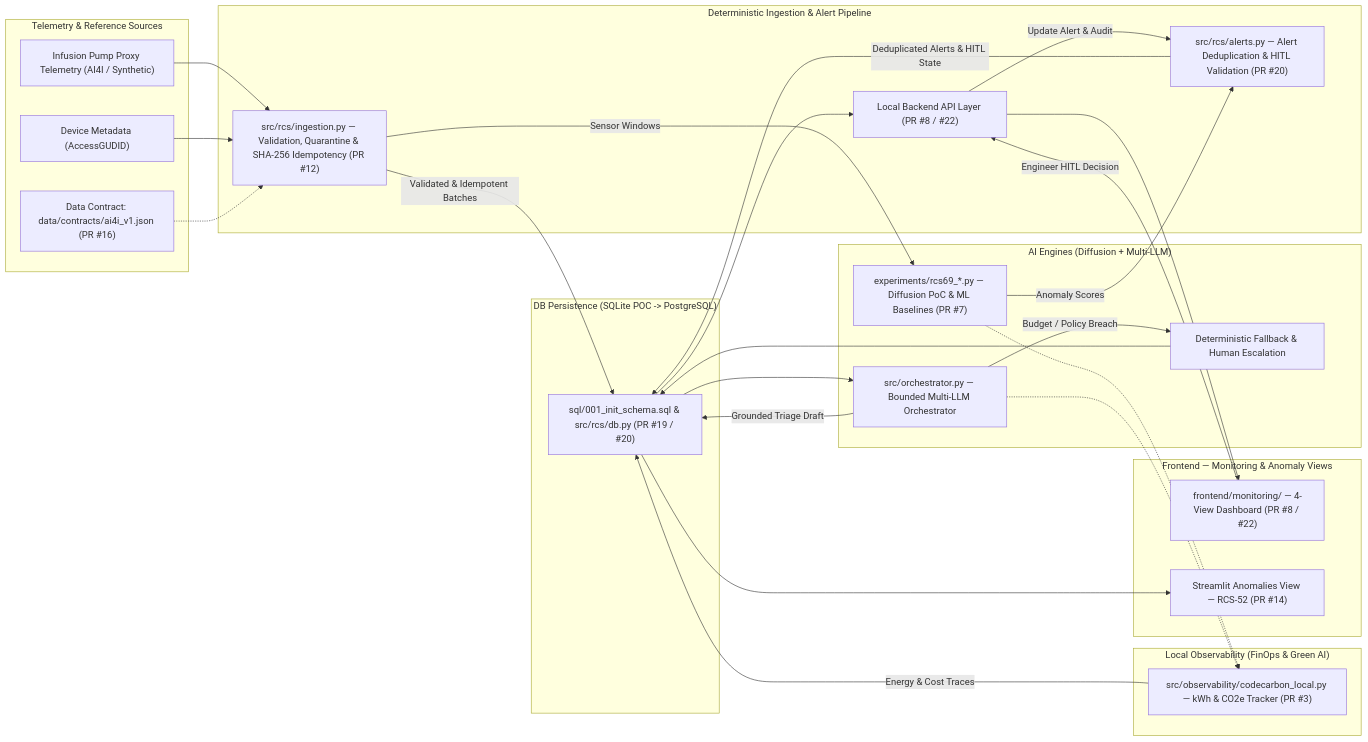
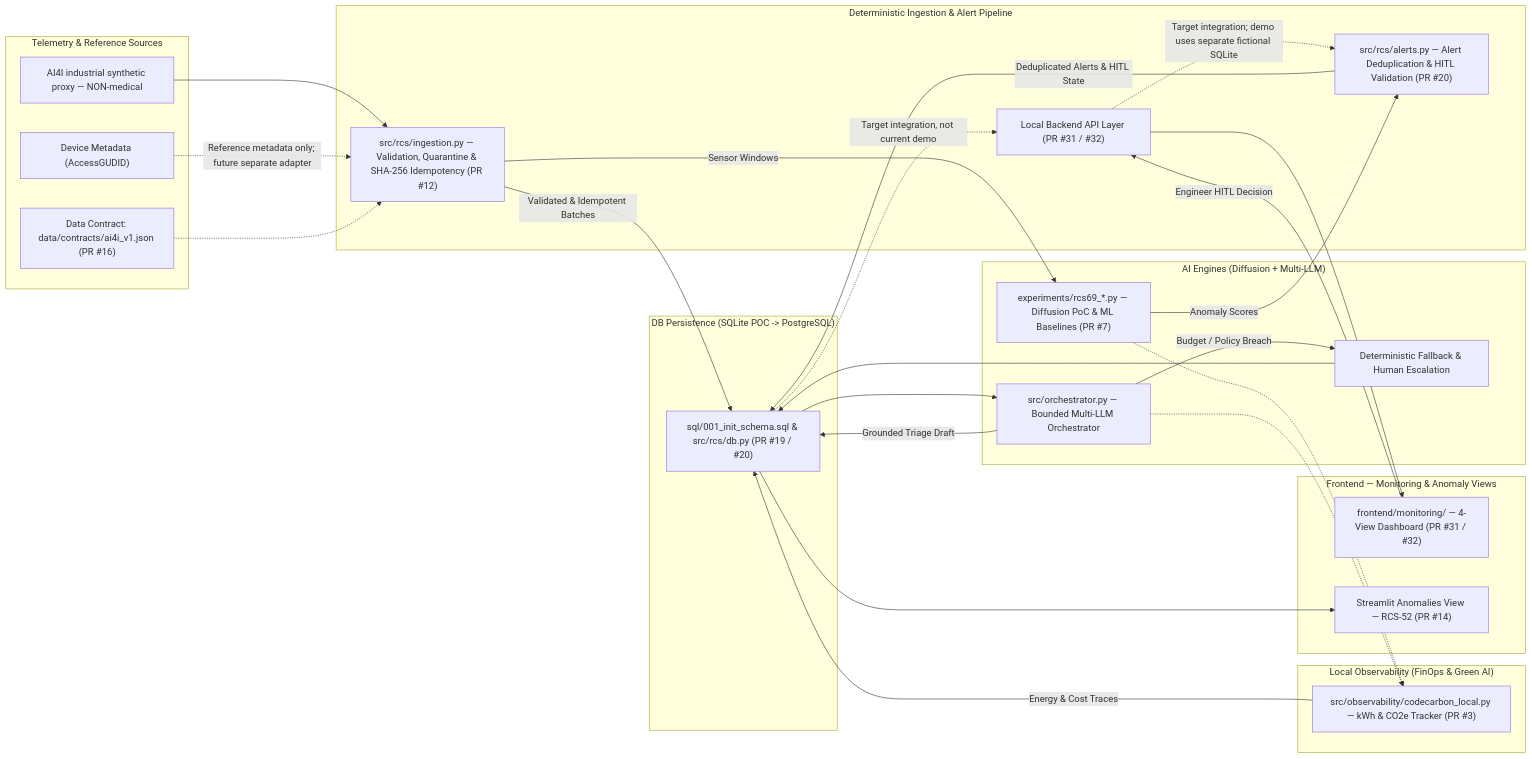
Before and after one commit to GemimaOndele/Generative-ai-and-diffusion-models-project: the diagram in docs/02_architecture_v1.md, drawn with Mermaid. The commit also changed other lines of this file, not shown here.

Commit message:
docs(RCS-43): aligner architecture, frontières et décisions de stockage

````diff
--- a/docs/02_architecture_v1.md
+++ b/docs/02_architecture_v1.md
@@ -22,57 +22,57 @@
 ```mermaid
 flowchart LR
     subgraph Sources["Telemetry & Reference Sources"]
-        S1["Infusion Pump Proxy Telemetry (AI4I / Synthetic)"]
+        S1["AI4I industrial synthetic proxy — NON-medical"]
         S2["Device Metadata (AccessGUDID)"]
         CONTRACT["Data Contract: data/contracts/ai4i_v1.json (PR #16)"]
     end
 
     subgraph Backend["Deterministic Ingestion & Alert Pipeline"]
         ING["src/rcs/ingestion.py — Validation, Quarantine & SHA-256 Idempotency (PR #12)"]
         ALERTS["src/rcs/alerts.py — Alert Deduplication & HITL Validation (PR #20)"]
-        API["Local Backend API Layer (PR #8 / #22)"]
+        API["Local Backend API Layer (PR #31 / #32)"]
     end
 
     subgraph Persistence["DB Persistence (SQLite POC -> PostgreSQL)"]
         DB["sql/001_init_schema.sql & src/rcs/db.py (PR #19 / #20)"]
     end
 
     subgraph AI["AI Engines (Diffusion + Multi-LLM)"]
         DIFF["experiments/rcs69_*.py — Diffusion PoC & ML Baselines (PR #7)"]
         ORCH["src/orchestrator.py — Bounded Multi-LLM Orchestrator"]
         FALLBACK["Deterministic Fallback & Human Escalation"]
     end
 
     subgraph Obs["Local Observability (FinOps & Green AI)"]
         CC["src/observability/codecarbon_local.py — kWh & CO2e Tracker (PR #3)"]
     end
 
     subgraph Frontend["Frontend — Monitoring & Anomaly Views"]
-        UI_DASH["frontend/monitoring/ — 4-View Dashboard (PR #8 / #22)"]
+        UI_DASH["frontend/monitoring/ — 4-View Dashboard (PR #31 / #32)"]
         UI_ST["Streamlit Anomalies View — RCS-52 (PR #14)"]
     end
 
     S1 --> ING
-    S2 --> ING
+    S2 -.->|Reference metadata only; future separate adapter| ING
     CONTRACT -.-> ING
 
     ING -->|Validated & Idempotent Batches| DB
     ING -->|Sensor Windows| DIFF
     DIFF -->|Anomaly Scores| ALERTS
     ALERTS -->|Deduplicated Alerts & HITL State| DB
 
     DB --> ORCH
     ORCH -->|Budget / Policy Breach| FALLBACK
     ORCH -->|Grounded Triage Draft| DB
     FALLBACK --> DB
 
     DIFF -.-> CC
     ORCH -.-> CC
     CC -->|Energy & Cost Traces| DB
 
-    DB --> API
+    DB -.->|Target integration, not current demo| API
     API --> UI_DASH
     DB --> UI_ST
     UI_DASH -->|Engineer HITL Decision| API
-    API -->|Update Alert & Audit| ALERTS
+    API -.->|Target integration; demo uses separate fictional SQLite| ALERTS
 ```
````
